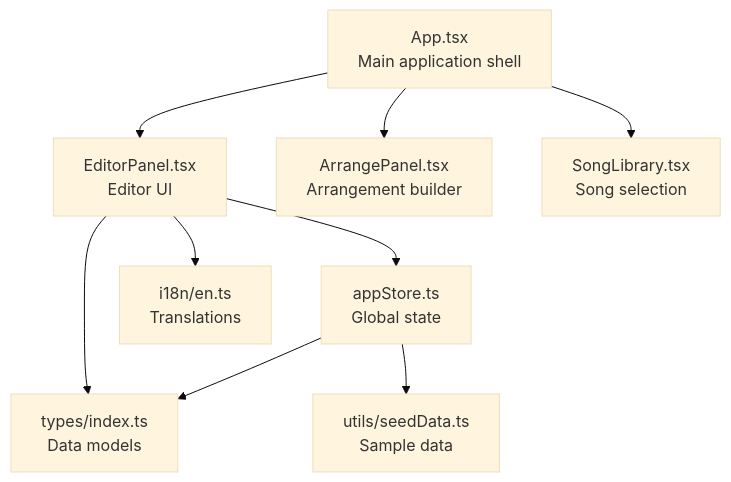
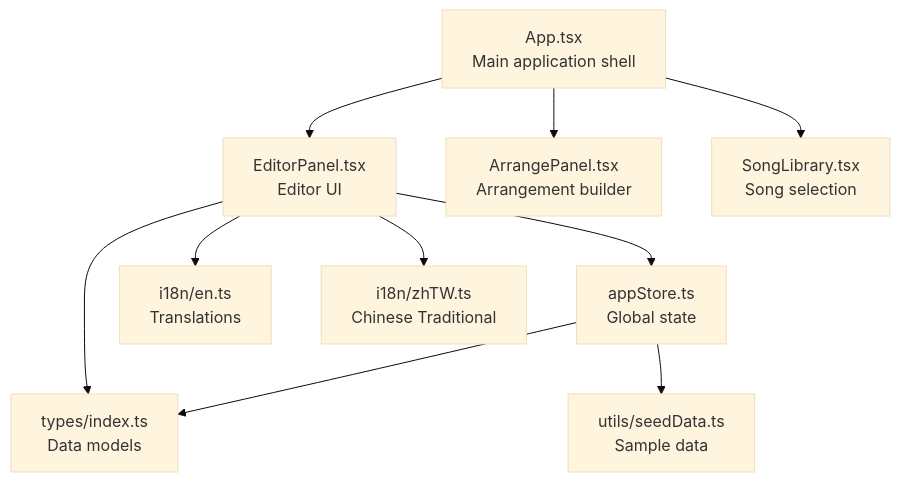
Before and after one commit to jimmywyk/lyricdeck: the first of 9 diagrams in .qoder/repowiki/en/content/User Interface Components/Editor Panel Component.md, drawn with Mermaid (base theme). The commit also changed other lines of this file and 11 other files, not shown here.

````diff
--- a/.qoder/repowiki/en/content/User Interface Components/Editor Panel Component.md
+++ b/.qoder/repowiki/en/content/User Interface Components/Editor Panel Component.md
@@ -36,11 +46,12 @@
 ```mermaid
 graph TB
 App["App.tsx<br/>Main application shell"] --> Editor["EditorPanel.tsx<br/>Editor UI"]
 App --> Arrange["ArrangePanel.tsx<br/>Arrangement builder"]
 App --> Library["SongLibrary.tsx<br/>Song selection"]
 Editor --> Store["appStore.ts<br/>Global state"]
 Editor --> Types["types/index.ts<br/>Data models"]
 Editor --> I18N["i18n/en.ts<br/>Translations"]
+Editor --> I18N_ZH["i18n/zhTW.ts<br/>Chinese Traditional"]
 Store --> Types
 Store --> Seed["utils/seedData.ts<br/>Sample data"]
 ```
````
